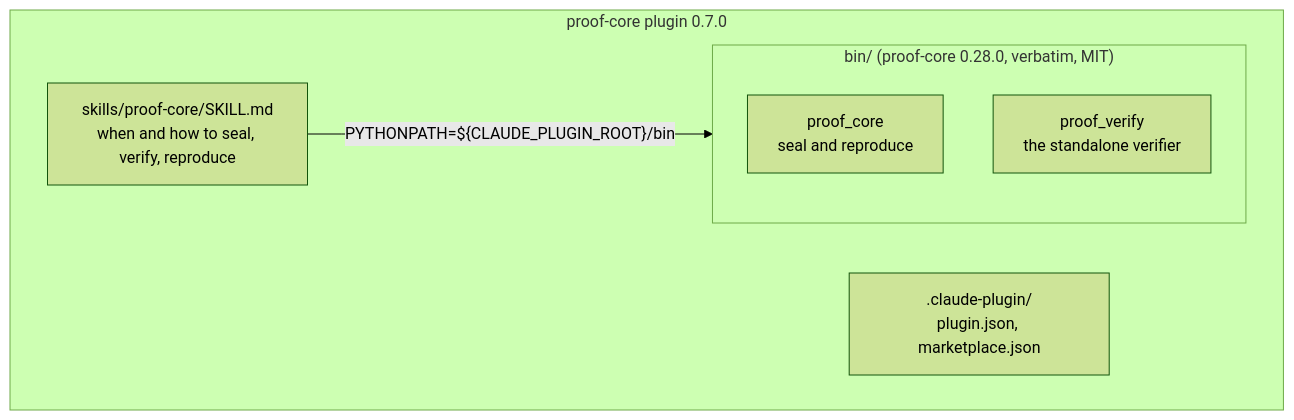
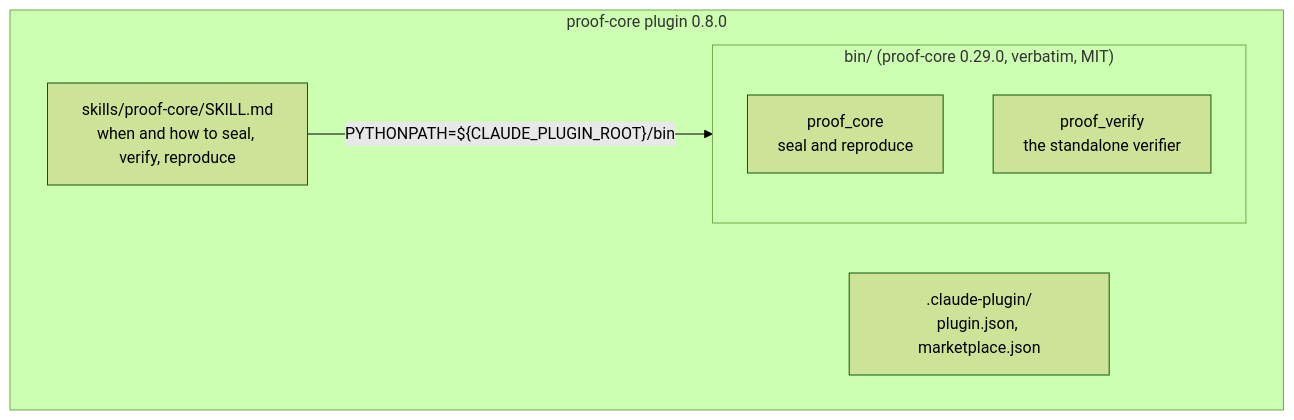
Before and after one commit to SMRFORGE/proof-core: the second of 3 diagrams in README.md, drawn with Mermaid (forest theme). The commit also changed other lines of this file and 21 other files, not shown here.

First line of the commit message:
release: v0.8.0 (vendor proof-core v0.29.0; reproduce exit 7 partial, strict reproduced, API mints v4)

````diff
--- a/README.md
+++ b/README.md
@@ -89,12 +90,12 @@
 ```mermaid
 flowchart TB
-    subgraph plugin["proof-core plugin 0.7.0"]
+    subgraph plugin["proof-core plugin 0.8.0"]
         MAN[".claude-plugin/<br/>plugin.json, marketplace.json"]
         SKILL["skills/proof-core/SKILL.md<br/>when and how to seal, verify, reproduce"]
-        subgraph bin["bin/ (proof-core 0.28.0, verbatim, MIT)"]
+        subgraph bin["bin/ (proof-core 0.29.0, verbatim, MIT)"]
             PC["proof_core<br/>seal and reproduce"]
             PV["proof_verify<br/>the standalone verifier"]
         end
     end
     SKILL -->|"PYTHONPATH=${CLAUDE_PLUGIN_ROOT}/bin"| bin
 ```
````
